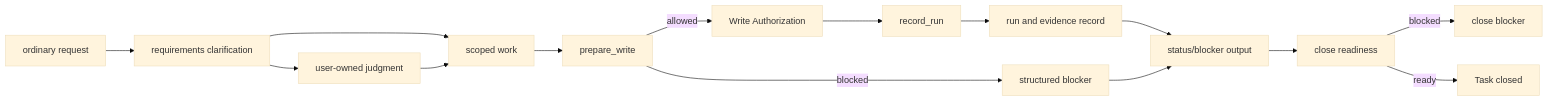
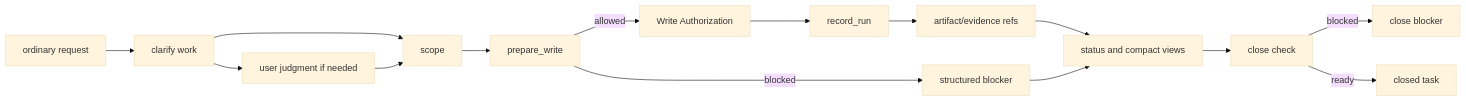
One commit to minjungw00/Harness_Project changed the diagram in docs/en/build/runtime-walkthrough.md. Above: the diagram before and after it, drawn with Mermaid (base theme). The commit also changed other lines of this file and 11 other files, not shown here.

````diff
--- a/docs/en/build/runtime-walkthrough.md
+++ b/docs/en/build/runtime-walkthrough.md
@@ -30,17 +25,17 @@
 ```mermaid
 flowchart LR
-  Request["ordinary request"] --> Clarify["requirements clarification"]
-  Clarify --> Decision["user-owned judgment"]
-  Clarify --> Scope["scoped work"]
-  Decision --> Scope
+  Request["ordinary request"] --> Clarify["clarify work"]
+  Clarify --> Judgment["user judgment if needed"]
+  Clarify --> Scope["scope"]
+  Judgment --> Scope
   Scope --> Prepare["prepare_write"]
-  Prepare -->|allowed| Authorization["Write Authorization"]
+  Prepare -->|allowed| Auth["Write Authorization"]
   Prepare -->|blocked| Blocker["structured blocker"]
-  Authorization --> Run["record_run"]
-  Run --> Evidence["run and evidence record"]
-  Evidence --> Readable["status/blocker output"]
-  Blocker --> Readable
-  Readable --> CloseCheck["close readiness"]
+  Auth --> Run["record_run"]
+  Run --> Evidence["artifact/evidence refs"]
+  Evidence --> Status["status and compact views"]
+  Blocker --> Status
+  Status --> CloseCheck["close check"]
   CloseCheck -->|blocked| CloseBlocker["close blocker"]
-  CloseCheck -->|ready| Close["Task closed"]
+  CloseCheck -->|ready| Closed["closed task"]
 ```
````
